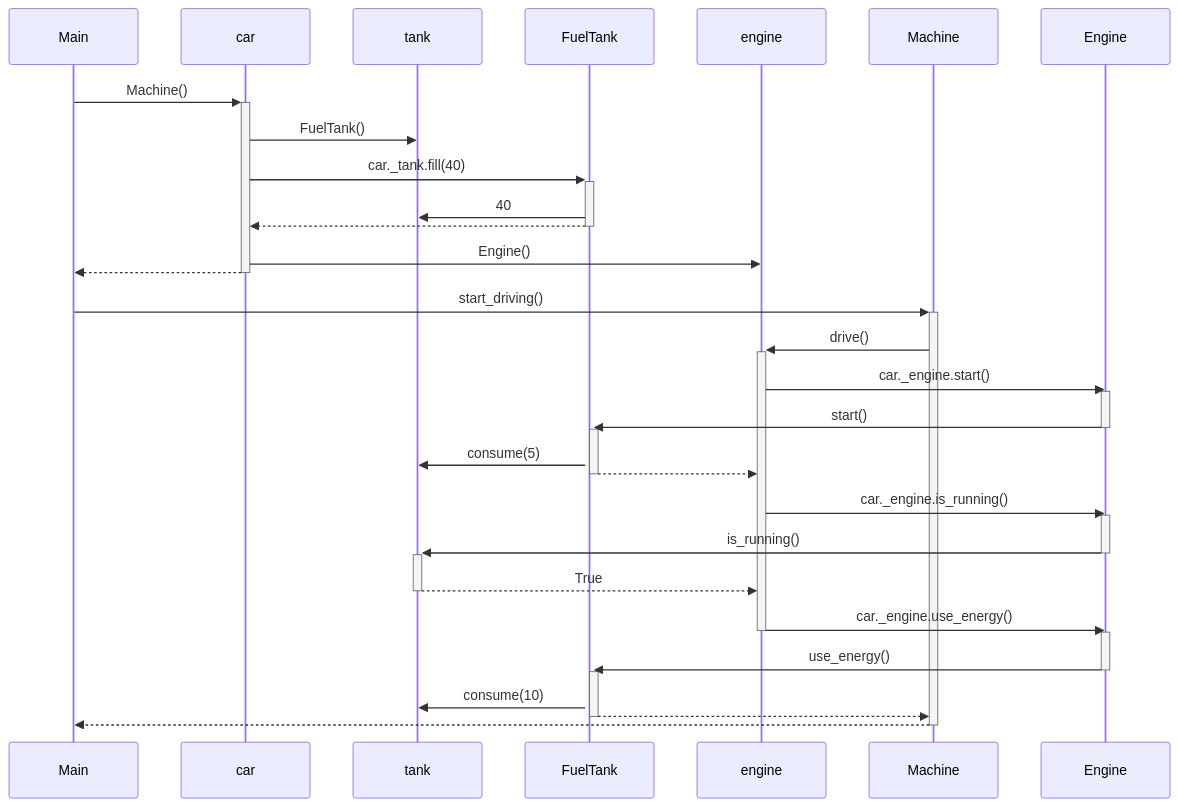
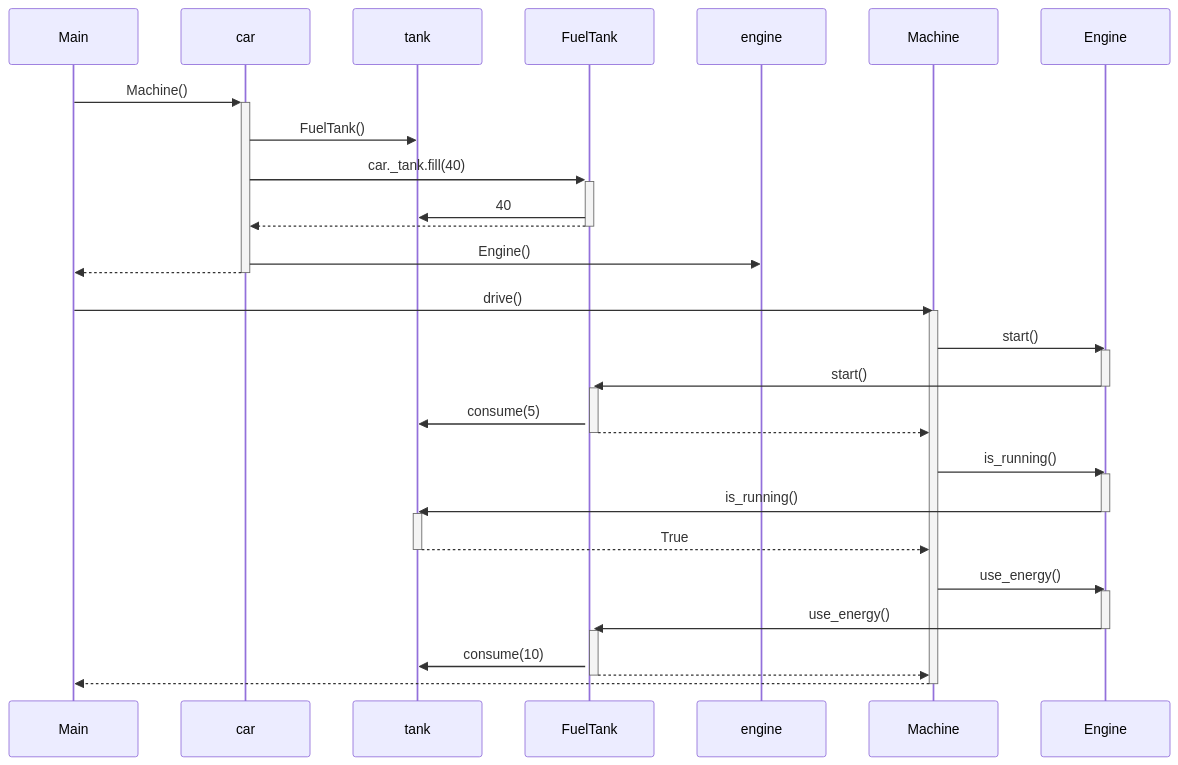
Before and after one commit to jmorrisv/ot-harjoitustyo: the diagram in laskarit/viikko3/sekvenssikaavio.md, drawn with Mermaid.

````diff
--- a/laskarit/viikko3/sekvenssikaavio.md
+++ b/laskarit/viikko3/sekvenssikaavio.md
@@ -1,32 +1,37 @@
 ```mermaid
 sequenceDiagram
 Main ->>+ car: Machine()
 car ->> tank: FuelTank()
 car ->>+ FuelTank: car._tank.fill(40)
 FuelTank ->> tank: 40
 FuelTank -->>- car: 
 car ->> engine: Engine()
 car -->>- Main: 
-Main ->>+ Machine: start_driving()
-Machine ->>+ engine: drive()
-engine ->> Engine: car._engine.start()
+Main ->> Machine: drive()
+activate Machine
+Machine ->> Engine: start()
 activate Engine
 Engine ->>+ FuelTank: start()
 deactivate Engine
 activate FuelTank
 FuelTank ->> tank: consume(5)
-FuelTank -->> engine: 
+FuelTank -->> Machine: 
 deactivate FuelTank
-engine ->> Engine: car._engine.is_running()
+Machine ->> Engine: is_running()
 activate Engine
-Engine ->>+ tank: is_running()
+Engine ->> tank: is_running()
 deactivate Engine
-tank -->>- engine: True
-engine ->>- Engine: car._engine.use_energy()
+activate tank
+tank -->> Machine: True
+deactivate tank
+Machine ->> Engine: use_energy()
 activate Engine
-Engine ->>+ FuelTank: use_energy()
+Engine ->> FuelTank: use_energy()
 deactivate Engine
+activate FuelTank
 FuelTank ->> tank: consume(10)
-FuelTank -->>- Machine: 
-Machine -->>- Main: 
+FuelTank -->> Machine: 
+deactivate FuelTank
+Machine -->> Main: 
+deactivate Machine
 ```
````
